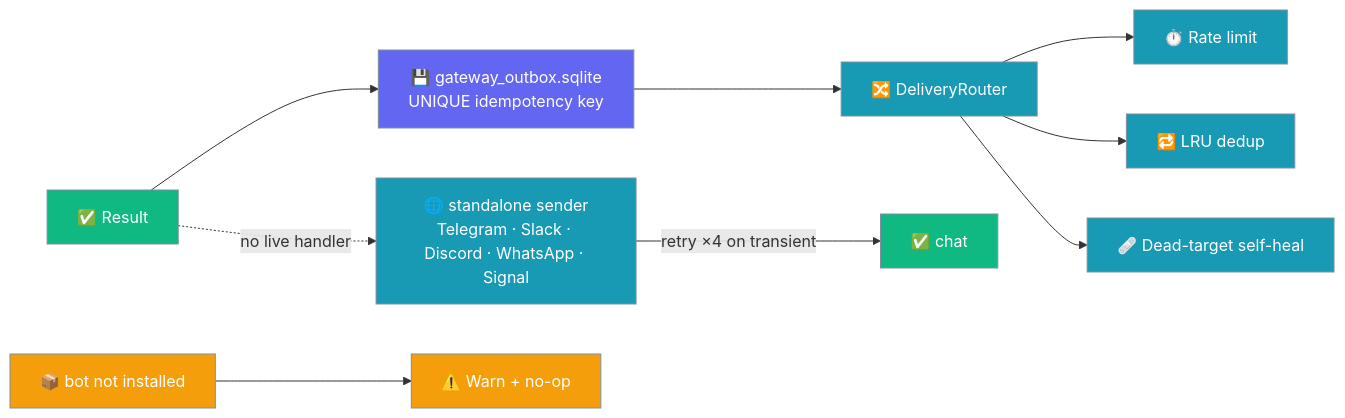
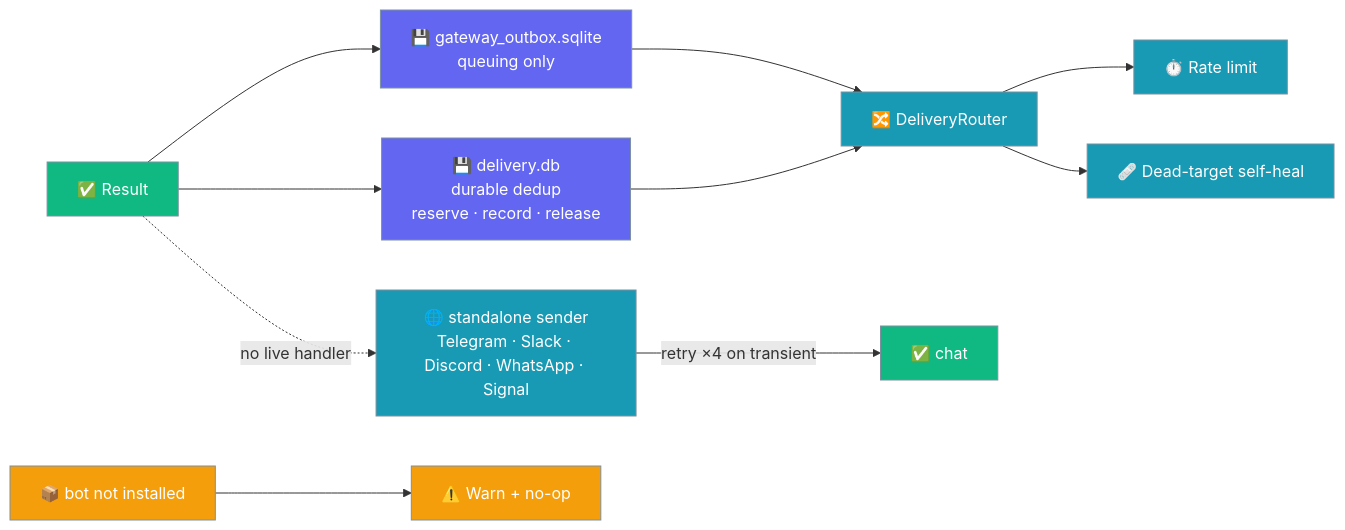
Before and after one commit to MervinPraison/PraisonAIDocs: diagram 17 of 17 in docs/features/scheduler-delivery.mdx, drawn with Mermaid. The commit also changed other lines of this file and 1 other file, not shown here.

First line of the commit message:
docs(scheduler-delivery): document restart-safe idempotency across every delivery path (fixes #3530)

````diff
--- a/docs/features/scheduler-delivery.mdx
+++ b/docs/features/scheduler-delivery.mdx
@@ -1068,21 +1118,22 @@
 ```mermaid
 graph LR
-    Result[✅ Result] --> Outbox[💾 gateway_outbox.sqlite\nUNIQUE idempotency key]
+    Result[✅ Result] --> Store[💾 delivery.db<br/>durable dedup<br/>reserve · record · release]
+    Result --> Outbox[💾 gateway_outbox.sqlite<br/>queuing only]
     Outbox --> Router[🔀 DeliveryRouter]
+    Store --> Router
     Router --> Rate[⏱️ Rate limit]
-    Router --> Dedup[🔁 LRU dedup]
     Router --> Heal[🩹 Dead-target self-heal]
     Result -. no live handler .-> Standalone[🌐 standalone sender<br/>Telegram · Slack · Discord · WhatsApp · Signal]
     Standalone -- retry ×4 on transient --> Chat[✅ chat]
     Missing[📦 bot not installed] --> NoOp[⚠️ Warn + no-op]
 
     classDef ok fill:#10B981,stroke:#7C90A0,color:#fff
     classDef proc fill:#189AB4,stroke:#7C90A0,color:#fff
     classDef store fill:#6366F1,stroke:#7C90A0,color:#fff
     classDef warn fill:#F59E0B,stroke:#7C90A0,color:#fff
 
     class Result,Chat ok
-    class Router,Rate,Dedup,Heal,Standalone proc
-    class Outbox store
+    class Router,Rate,Heal,Standalone proc
+    class Store,Outbox store
     class Missing,NoOp warn
 ```
````
